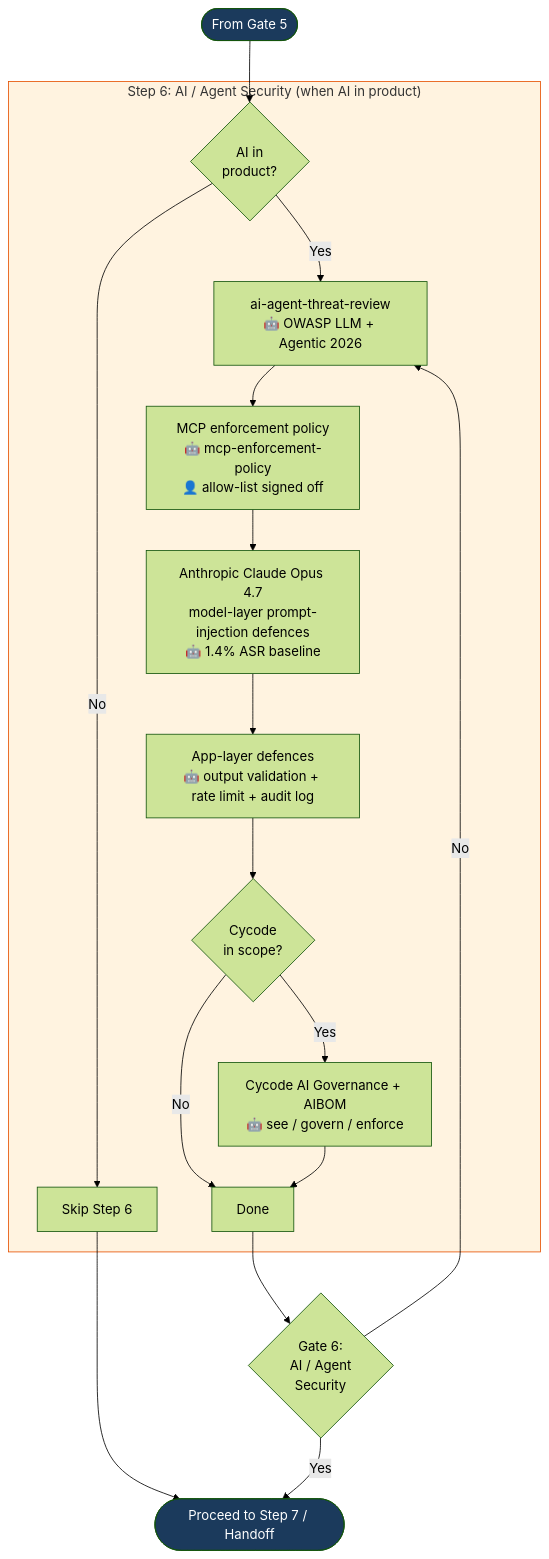
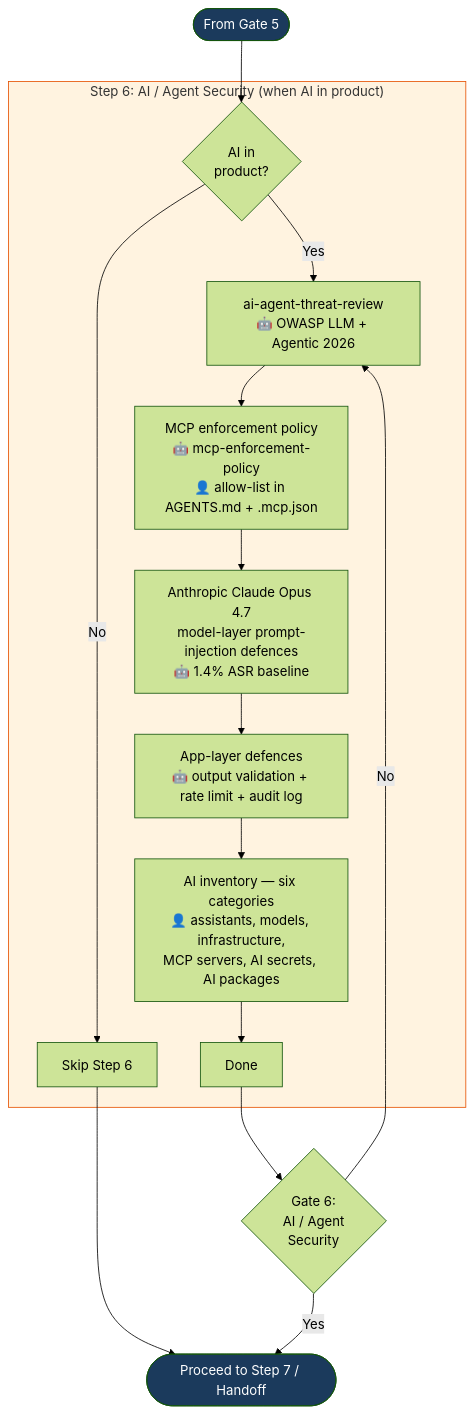
The eighth of 9 diagrams in aidlc-phases/05-security/FLOWCHART.md (kalpat-allion/ai-dlc), drawn with Mermaid (forest theme) before and after one commit. The commit also changed other lines of this file and 39 other files, not shown here.

````diff
--- a/aidlc-phases/05-security/FLOWCHART.md
+++ b/aidlc-phases/05-security/FLOWCHART.md
@@ -278,26 +265,24 @@
 ```mermaid
 flowchart TD
     ENTRY([From Gate 5]) --> AI_SEC
 
     subgraph AI_SEC_STEP["Step 6: AI / Agent Security (when AI in product)"]
         AI_SEC{AI in<br/>product?}
         AI_SEC -- No --> SKIP_AI[Skip Step 6]
         AI_SEC -- Yes --> AI_REVIEW[ai-agent-threat-review<br/>🤖 OWASP LLM + Agentic 2026]
-        AI_REVIEW --> MCP_POL[MCP enforcement policy<br/>🤖 mcp-enforcement-policy<br/>👤 allow-list signed off]
+        AI_REVIEW --> MCP_POL[MCP enforcement policy<br/>🤖 mcp-enforcement-policy<br/>👤 allow-list in AGENTS.md + .mcp.json]
         MCP_POL --> ANTH[Anthropic Claude Opus 4.7<br/>model-layer prompt-injection defences<br/>🤖 1.4% ASR baseline]
         ANTH --> APP_DEFENCE[App-layer defences<br/>🤖 output validation + rate limit + audit log]
-        APP_DEFENCE --> AIBOM{Cycode<br/>in scope?}
-        AIBOM -- Yes --> CYCODE[Cycode AI Governance + AIBOM<br/>🤖 see / govern / enforce]
-        AIBOM -- No --> AI_DONE[Done]
-        CYCODE --> AI_DONE
+        APP_DEFENCE --> INVENTORY[AI inventory — six categories<br/>👤 assistants, models, infrastructure,<br/>MCP servers, AI secrets, AI packages]
+        INVENTORY --> AI_DONE[Done]
     end
 
     SKIP_AI --> NEXT([Proceed to Step 7 / Handoff])
     AI_DONE --> GATE6{Gate 6:<br/>AI / Agent<br/>Security}
     GATE6 -- No --> AI_REVIEW
     GATE6 -- Yes --> NEXT
 
     style ENTRY fill:#1B3A5C,color:#fff
     style NEXT fill:#1B3A5C,color:#fff
     style AI_SEC_STEP fill:#fff3e0,stroke:#E65100
 ```
````
